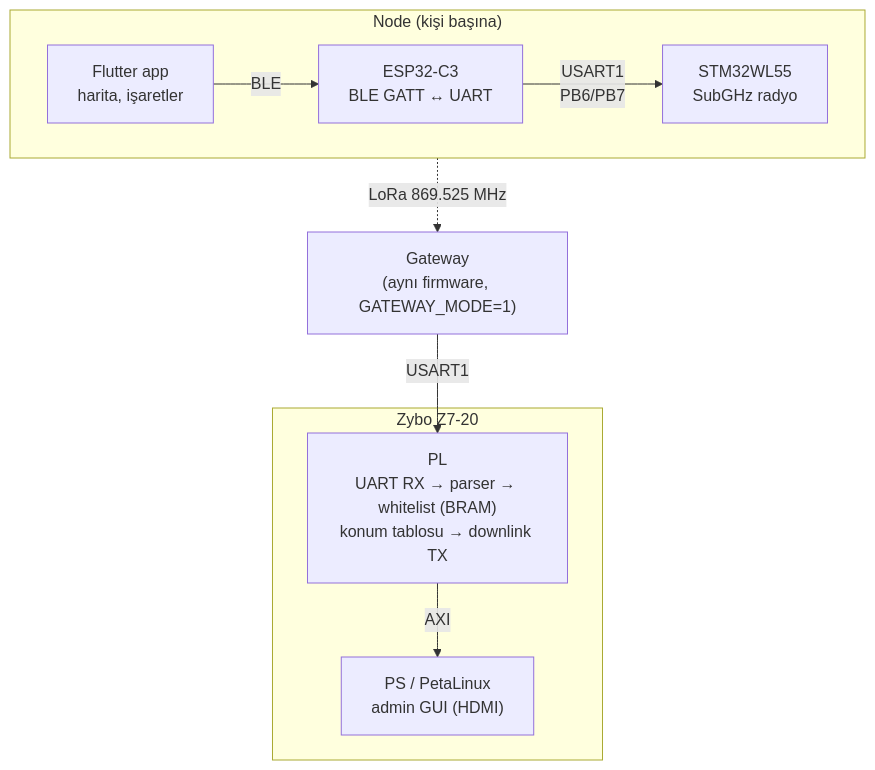
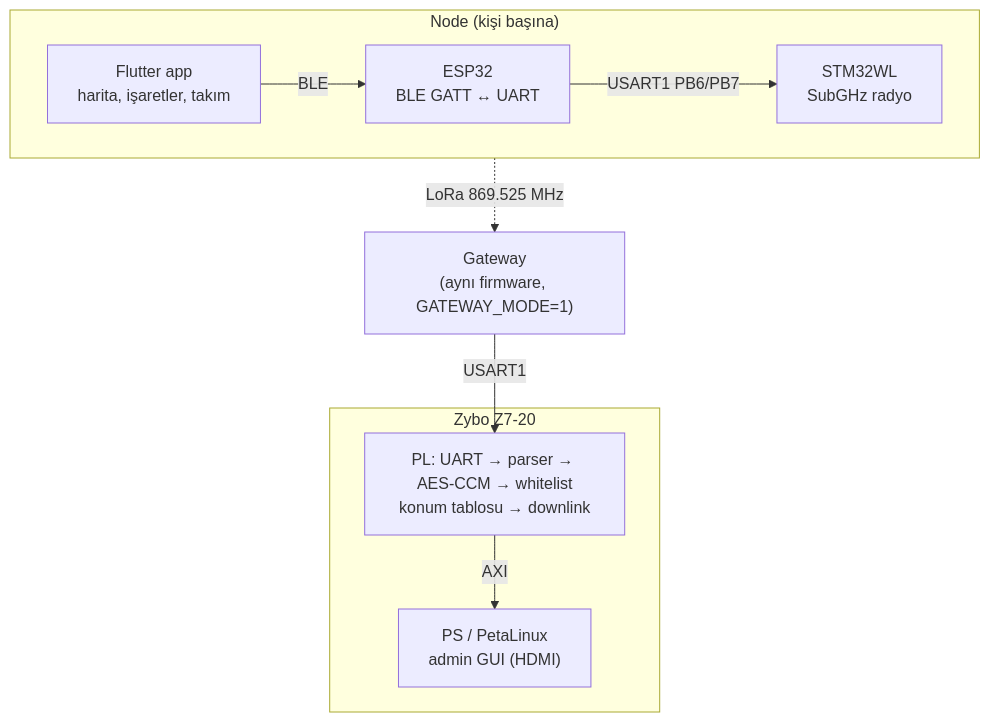
The first of 5 diagrams in docs/architecture.md (aykutaslantas/lora-sub-ghz-atak-system), drawn with Mermaid before and after one commit. The commit also changed other lines of this file and 84 other files, not shown here.

First line of the commit message:
V1.16: takımlı kimlik, ACK, tek sekme mesh, AES-128-CCM güvenlik, iOS

````diff
--- a/docs/architecture.md
+++ b/docs/architecture.md
@@ -12,13 +13,13 @@
 ```mermaid
 flowchart TB
     subgraph Node["Node (kişi başına)"]
         direction LR
-        APP["Flutter app<br/>harita, işaretler"] -- BLE --> ESP["ESP32-C3<br/>BLE GATT ↔ UART"]
-        ESP -- "USART1<br/>PB6/PB7" --> STM["STM32WL55<br/>SubGHz radyo"]
+        APP["Flutter app<br/>harita, işaretler, takım"] -- BLE --> ESP["ESP32<br/>BLE GATT ↔ UART"]
+        ESP -- "USART1 PB6/PB7" --> STM["STM32WL<br/>SubGHz radyo"]
     end
     STM -. "LoRa 869.525 MHz" .-> GW["Gateway<br/>(aynı firmware, GATEWAY_MODE=1)"]
     GW -- "USART1" --> PL
     subgraph Zybo["Zybo Z7-20"]
-        PL["PL<br/>UART RX → parser → whitelist (BRAM)<br/>konum tablosu → downlink TX"] -- AXI --> PS["PS / PetaLinux<br/>admin GUI (HDMI)"]
+        PL["PL: UART → parser → AES-CCM → whitelist<br/>konum tablosu → downlink"] -- AXI --> PS["PS / PetaLinux<br/>admin GUI (HDMI)"]
     end
 ```
````
